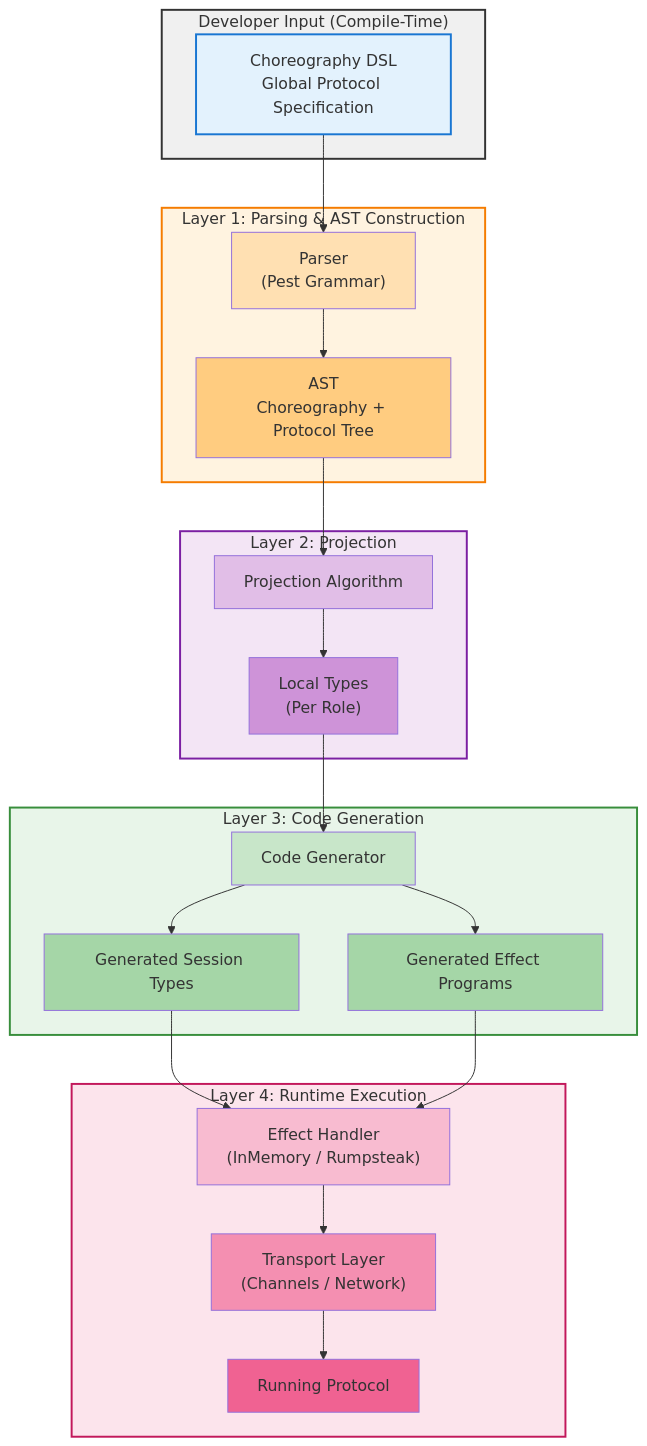
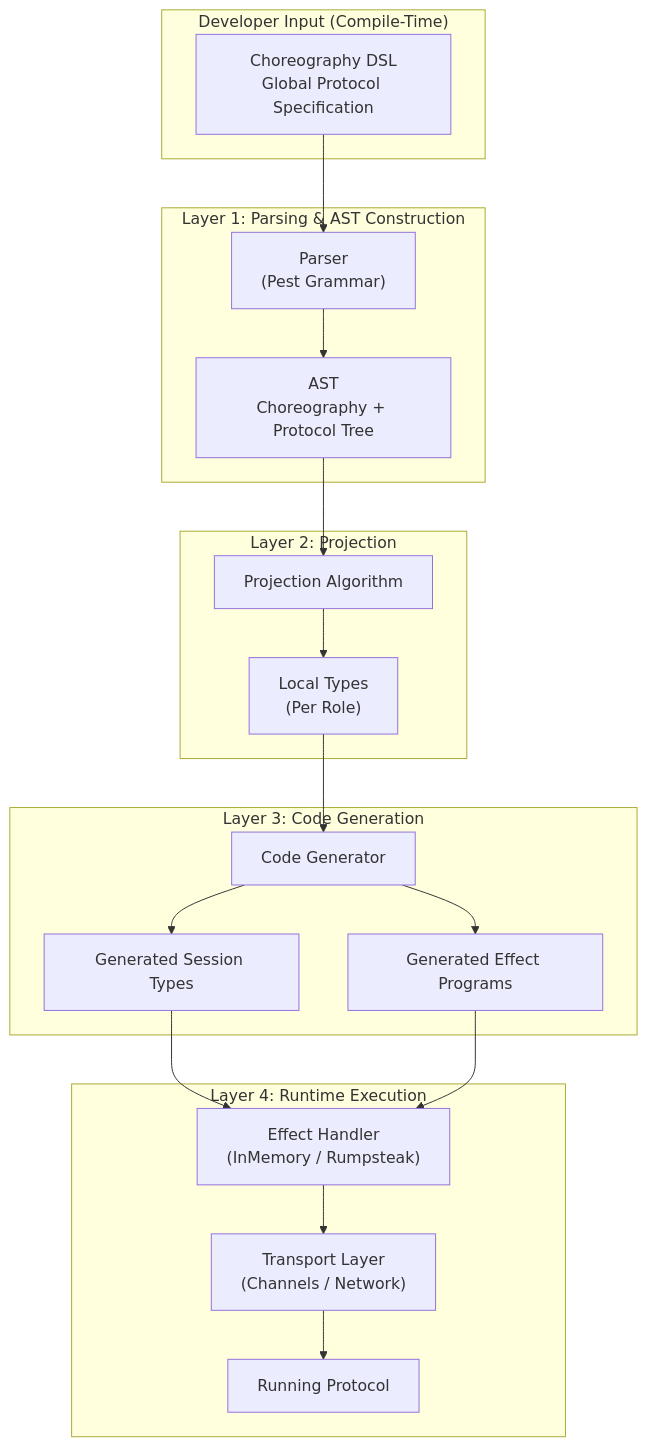
Before and after one commit to hxrts/rumpsteak-aura: the diagram in docs/02_architecture.md, drawn with Mermaid.

Commit message:
refactor: Remove custom color styling from architecture diagram
- Use default Mermaid colors for cleaner appearance
- Removed all style declarations (21 lines)
- Maintains layered structure and clear visual hierarchy
- Subgraphs provide sufficient visual distinction
- Simpler and more maintainable diagram code

````diff
--- a/docs/02_architecture.md
+++ b/docs/02_architecture.md
@@ -16,61 +16,40 @@
 ```mermaid
 graph TB
     subgraph Input["Developer Input (Compile-Time)"]
         DSL["Choreography DSL<br/>Global Protocol Specification"]
     end
     
     subgraph Layer1["Layer 1: Parsing & AST Construction"]
         Parser["Parser<br/>(Pest Grammar)"]
         AST["AST<br/>Choreography + Protocol Tree"]
     end
     
     subgraph Layer2["Layer 2: Projection"]
         Proj["Projection Algorithm"]
         LT["Local Types<br/>(Per Role)"]
     end
     
     subgraph Layer3["Layer 3: Code Generation"]
         CodeGen["Code Generator"]
         Session["Generated Session Types"]
         Effects["Generated Effect Programs"]
     end
     
     subgraph Layer4["Layer 4: Runtime Execution"]
         Handler["Effect Handler<br/>(InMemory / Rumpsteak)"]
         Transport["Transport Layer<br/>(Channels / Network)"]
         Exec["Running Protocol"]
     end
     
     DSL --> Parser
     Parser --> AST
     AST --> Proj
     Proj --> LT
     LT --> CodeGen
     CodeGen --> Session
     CodeGen --> Effects
     Session --> Handler
     Effects --> Handler
     Handler --> Transport
     Transport --> Exec
-    
-    style Input fill:#f0f0f0,stroke:#333,stroke-width:2px
-    style DSL fill:#e3f2fd,stroke:#1976d2,stroke-width:2px
-    
-    style Layer1 fill:#fff3e0,stroke:#f57c00,stroke-width:2px
-    style Parser fill:#ffe0b2
-    style AST fill:#ffcc80
-    
-    style Layer2 fill:#f3e5f5,stroke:#7b1fa2,stroke-width:2px
-    style Proj fill:#e1bee7
-    style LT fill:#ce93d8
-    
-    style Layer3 fill:#e8f5e9,stroke:#388e3c,stroke-width:2px
-    style CodeGen fill:#c8e6c9
-    style Session fill:#a5d6a7
-    style Effects fill:#a5d6a7
-    
-    style Layer4 fill:#fce4ec,stroke:#c2185b,stroke-width:2px
-    style Handler fill:#f8bbd0
-    style Transport fill:#f48fb1
-    style Exec fill:#f06292
 ```
````
